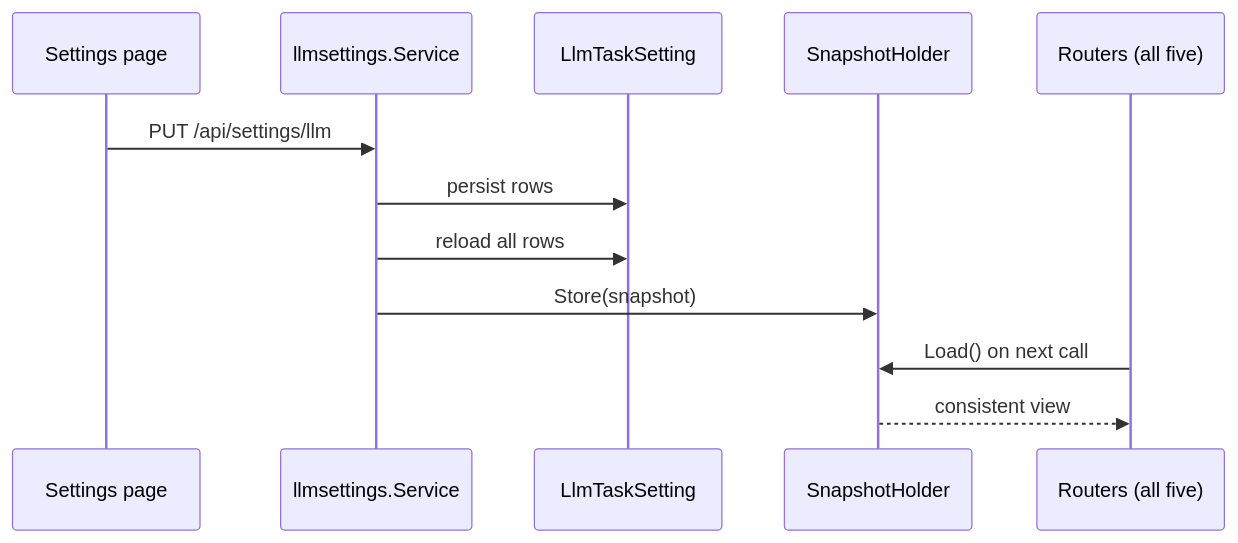
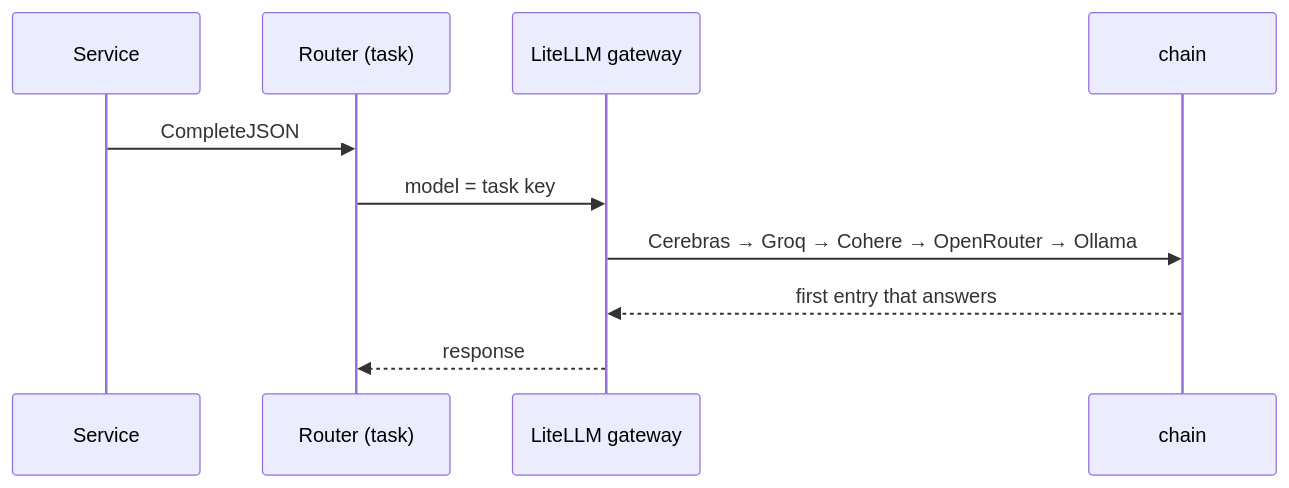
Before and after one commit to nonamecat19/job-finder: the second of 2 diagrams in docs/docs/ai/overview.md, drawn with Mermaid. The commit also changed other lines of this file and 15 other files, not shown here.

````diff
--- a/docs/docs/ai/overview.md
+++ b/docs/docs/ai/overview.md
@@ -64,14 +67,12 @@
 ```mermaid
 sequenceDiagram
-    participant UI as Settings page
-    participant S as llmsettings.Service
-    participant DB as LlmTaskSetting
-    participant H as SnapshotHolder
-    participant R as Routers (all five)
-    UI->>S: PUT /api/settings/llm
-    S->>DB: persist rows
-    S->>DB: reload all rows
-    S->>H: Store(snapshot)
-    R->>H: Load() on next call
-    H-->>R: consistent view
+    participant S as Service
+    participant R as Router (task)
+    participant G as LiteLLM gateway
+    participant P as chain
+    S->>R: CompleteJSON
+    R->>G: model = task key
+    G->>P: Cerebras → Groq → Cohere → OpenRouter → Ollama
+    P-->>G: first entry that answers
+    G-->>R: response
 ```
````
